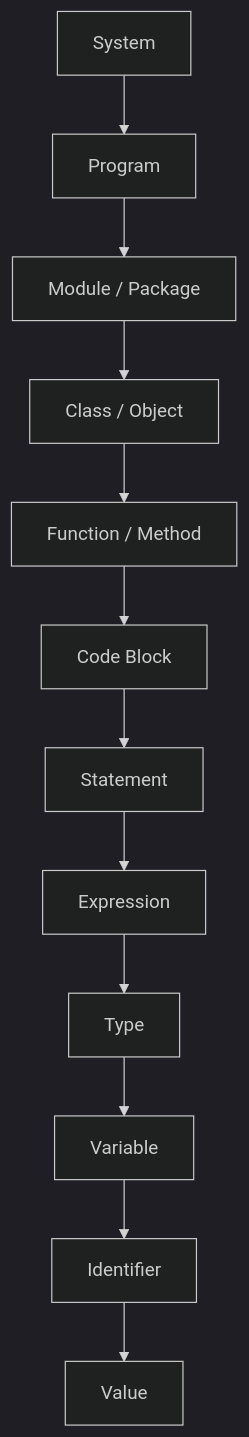
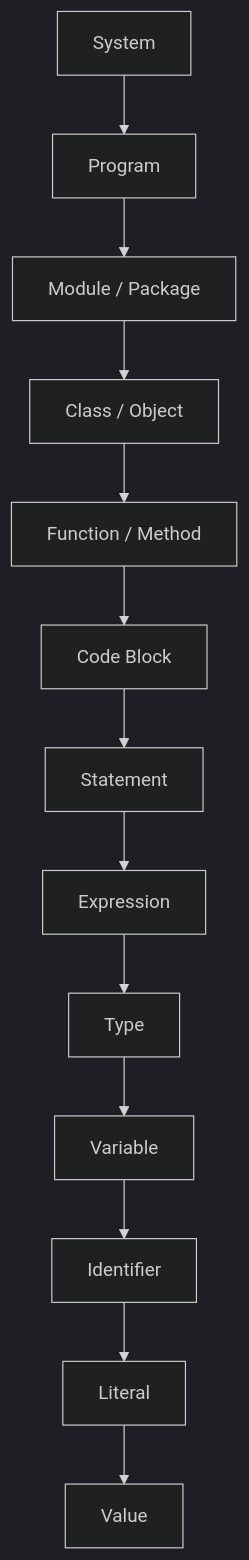
Before and after one commit to Ars-Digitale/java-21-study-guide: the diagram in docs/module-01-syntax-building-blocks.md, drawn with Mermaid (dark theme). The commit also changed other lines of this file, not shown here.

```diff
--- a/docs/module-01-syntax-building-blocks.md
+++ b/docs/module-01-syntax-building-blocks.md
@@ -138,15 +147,16 @@
 ~~~mermaid
 graph TD
     A[System]
     A --> B[Program]
     B --> C[Module / Package]
     C --> D[Class / Object]
     D --> E[Function / Method]
     E --> F[Code Block]
     F --> G[Statement]
     G --> H[Expression]
     H --> I[Type]
     I --> J[Variable]
     J --> K[Identifier]
-    K --> L[Value]
+    K --> L[Literal]
+    L --> M[Value]
 ~~~
```
